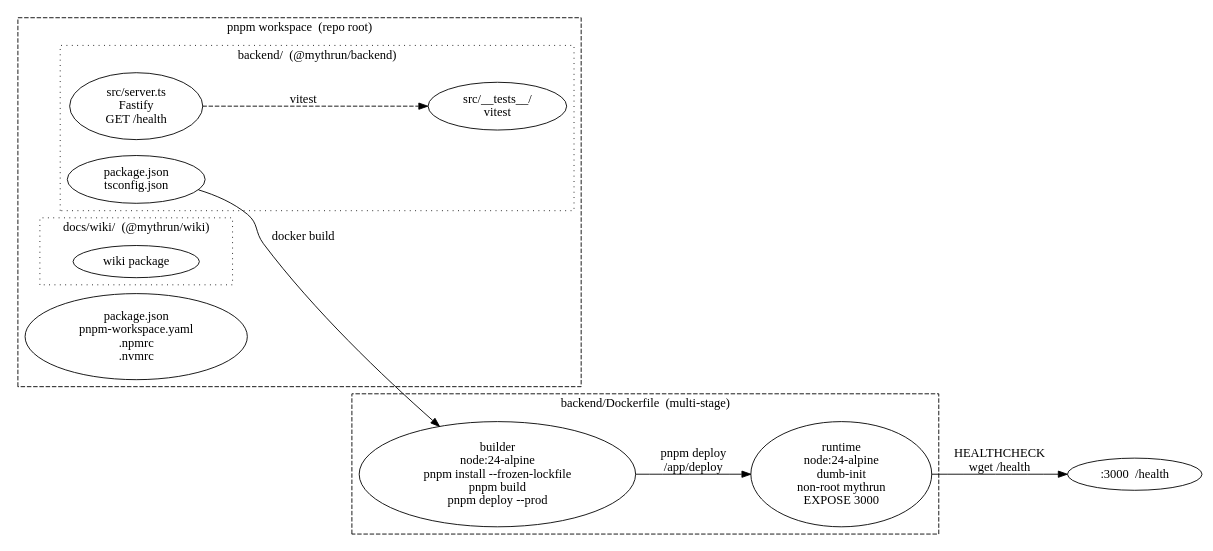
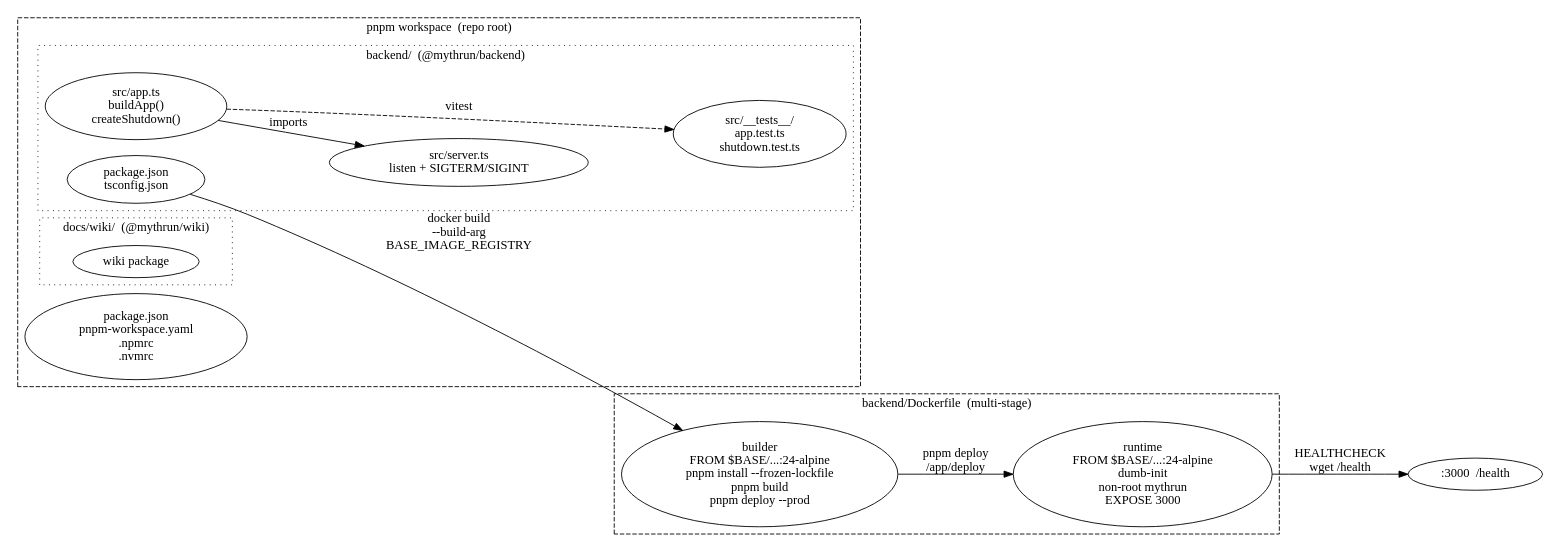
The diagram in docs/wiki/diagrams/runtime/backend.dot (mythrun/mythrun), drawn with Graphviz before and after one commit. The commit also changed 14 other files, not shown here.

```diff
--- a/docs/wiki/diagrams/runtime/backend.dot
+++ b/docs/wiki/diagrams/runtime/backend.dot
@@ -1,47 +1,50 @@
 digraph backend {
   // The backend package: pnpm monorepo workspace that builds a runtime Docker
   // image. Left: source tree and dev loop. Right: the two-stage image build.
   rankdir=LR;
   compound=true;
 
   subgraph cluster_repo {
     label="pnpm workspace  (repo root)";
     style="dashed";
     color="ember";
     fontcolor="ember";
 
     root    [label="package.json\npnpm-workspace.yaml\n.npmrc\n.nvmrc"];
 
     subgraph cluster_backend {
       label="backend/  (@mythrun/backend)";
       style="dotted";
       pkg     [label="package.json\ntsconfig.json"];
-      src     [label="src/server.ts\nFastify\nGET /health"];
-      tests   [label="src/__tests__/\nvitest"];
+      app     [label="src/app.ts\nbuildApp()\ncreateShutdown()"];
+      server  [label="src/server.ts\nlisten + SIGTERM/SIGINT"];
+      tests   [label="src/__tests__/\napp.test.ts\nshutdown.test.ts"];
     }
 
     subgraph cluster_wiki {
       label="docs/wiki/  (@mythrun/wiki)";
       style="dotted";
       wiki    [label="wiki package"];
     }
   }
 
   subgraph cluster_image {
     label="backend/Dockerfile  (multi-stage)";
     style="dashed";
     color="ember";
     fontcolor="ember";
 
-    builder [label="builder\nnode:24-alpine\npnpm install --frozen-lockfile\npnpm build\npnpm deploy --prod"];
-    runtime [label="runtime\nnode:24-alpine\ndumb-init\nnon-root mythrun\nEXPOSE 3000", color="ember", fontcolor="ember"];
+    builder [label="builder\nFROM $BASE/...:24-alpine\npnpm install --frozen-lockfile\npnpm build\npnpm deploy --prod"];
+    runtime [label="runtime\nFROM $BASE/...:24-alpine\ndumb-init\nnon-root mythrun\nEXPOSE 3000", color="ember", fontcolor="ember"];
   }
 
   port [label=":3000  /health", color="ember", fontcolor="ember"];
 
-  src     -> tests   [label="vitest", style=dashed];
-  pkg     -> builder [label="docker build"];
-  src     -> builder [style=invis];
+  app     -> server  [label="imports"];
+  app     -> tests   [label="vitest", style=dashed];
+  server  -> tests   [style=invis];
+  pkg     -> builder [label="docker build\n--build-arg\nBASE_IMAGE_REGISTRY"];
+  server  -> builder [style=invis];
   builder -> runtime [label="pnpm deploy\n/app/deploy"];
   runtime -> port    [label="HEALTHCHECK\nwget /health"];
 }
```
